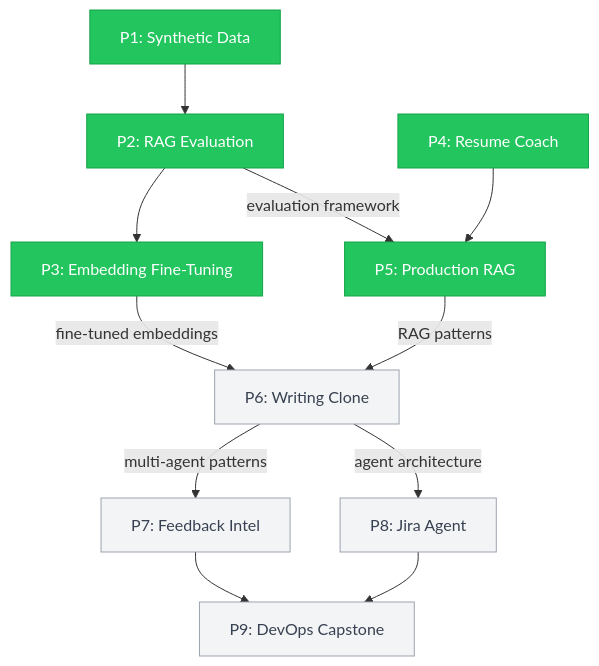
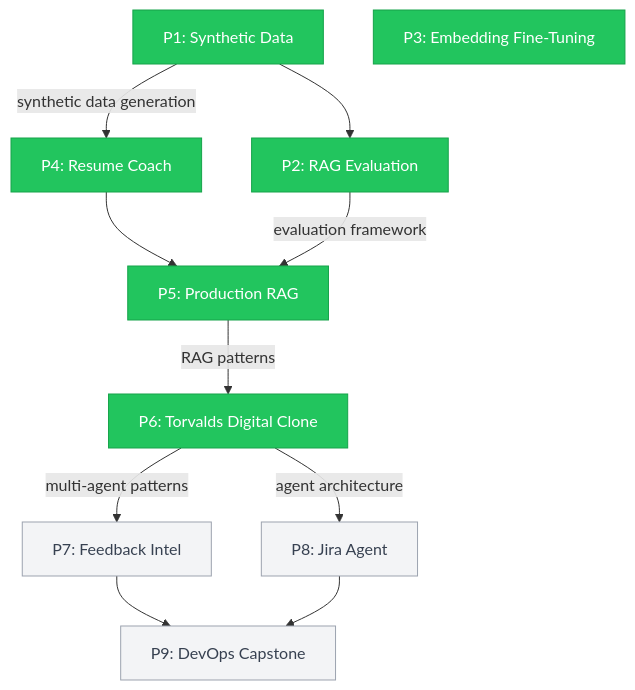
The diagram in README.md (rubsj/ai-portfolio), drawn with Mermaid before and after one commit. The commit also changed other lines of this file, not shown here.

First line of the commit message:
feat: update P6 to shipped with final metrics, stats, and mermaid (#66)

````diff
--- a/README.md
+++ b/README.md
@@ -95,16 +97,16 @@
 ```mermaid
 graph TD
     classDef done fill:#22c55e,stroke:#16a34a,color:#fff
     classDef upcoming fill:#f3f4f6,stroke:#9ca3af,color:#374151
 
     P1[P1: Synthetic Data]:::done --> P2[P2: RAG Evaluation]:::done
-    P4[P4: Resume Coach]:::done --> P5[P5: Production RAG]:::done
-    P2 --> P3[P3: Embedding Fine-Tuning]:::done
+    P1 -->|synthetic data generation| P4[P4: Resume Coach]:::done
+    P4 --> P5[P5: Production RAG]:::done
     P2 -->|evaluation framework| P5
-    P3 -->|fine-tuned embeddings| P6[P6: Writing Clone]:::upcoming
-    P5 -->|RAG patterns| P6
+    P5 -->|RAG patterns| P6[P6: Torvalds Digital Clone]:::done
+    P3[P3: Embedding Fine-Tuning]:::done
     P6 -->|multi-agent patterns| P7[P7: Feedback Intel]:::upcoming
     P6 -->|agent architecture| P8[P8: Jira Agent]:::upcoming
     P7 --> P9[P9: DevOps Capstone]:::upcoming
     P8 --> P9
 ```
````
